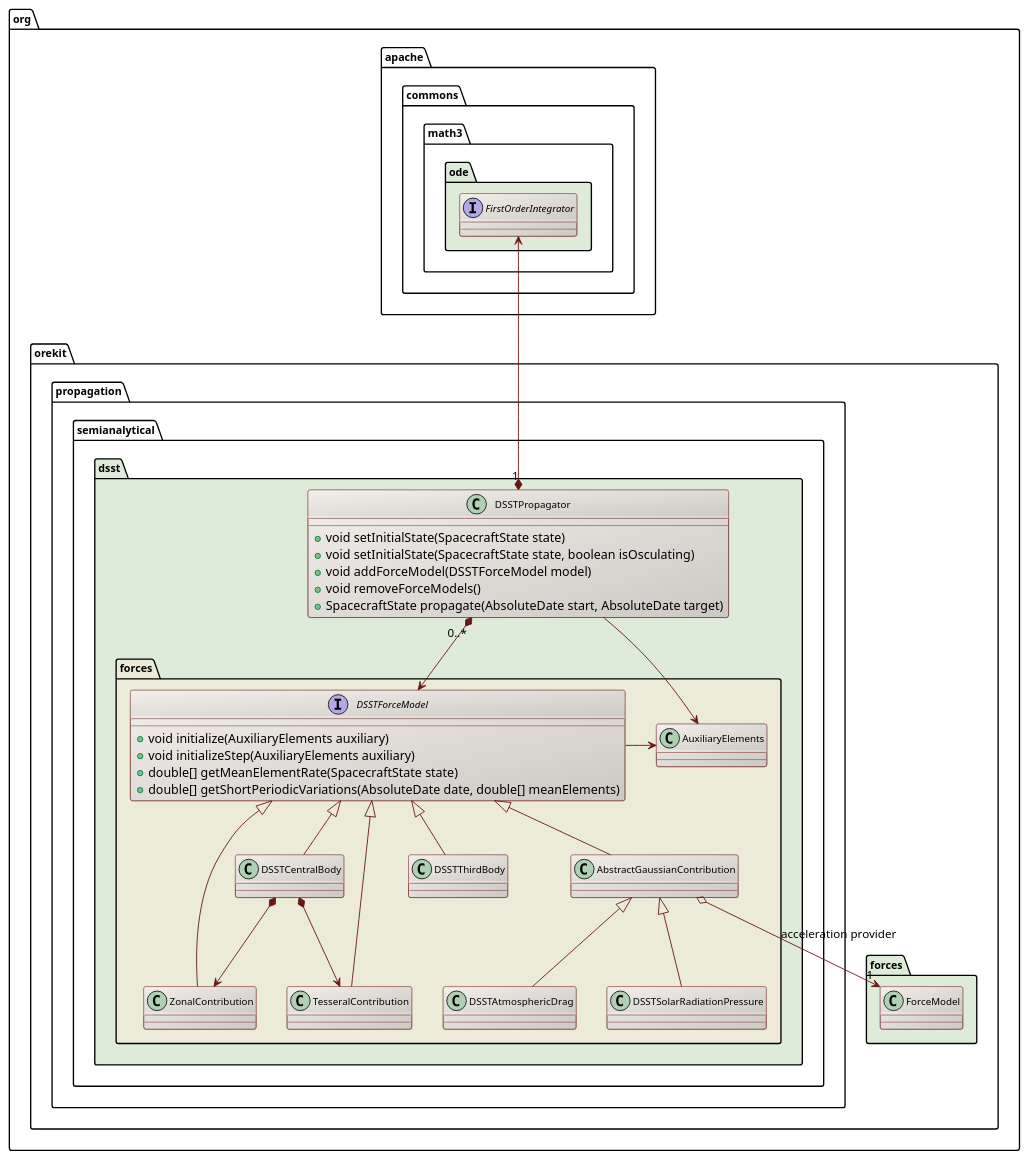
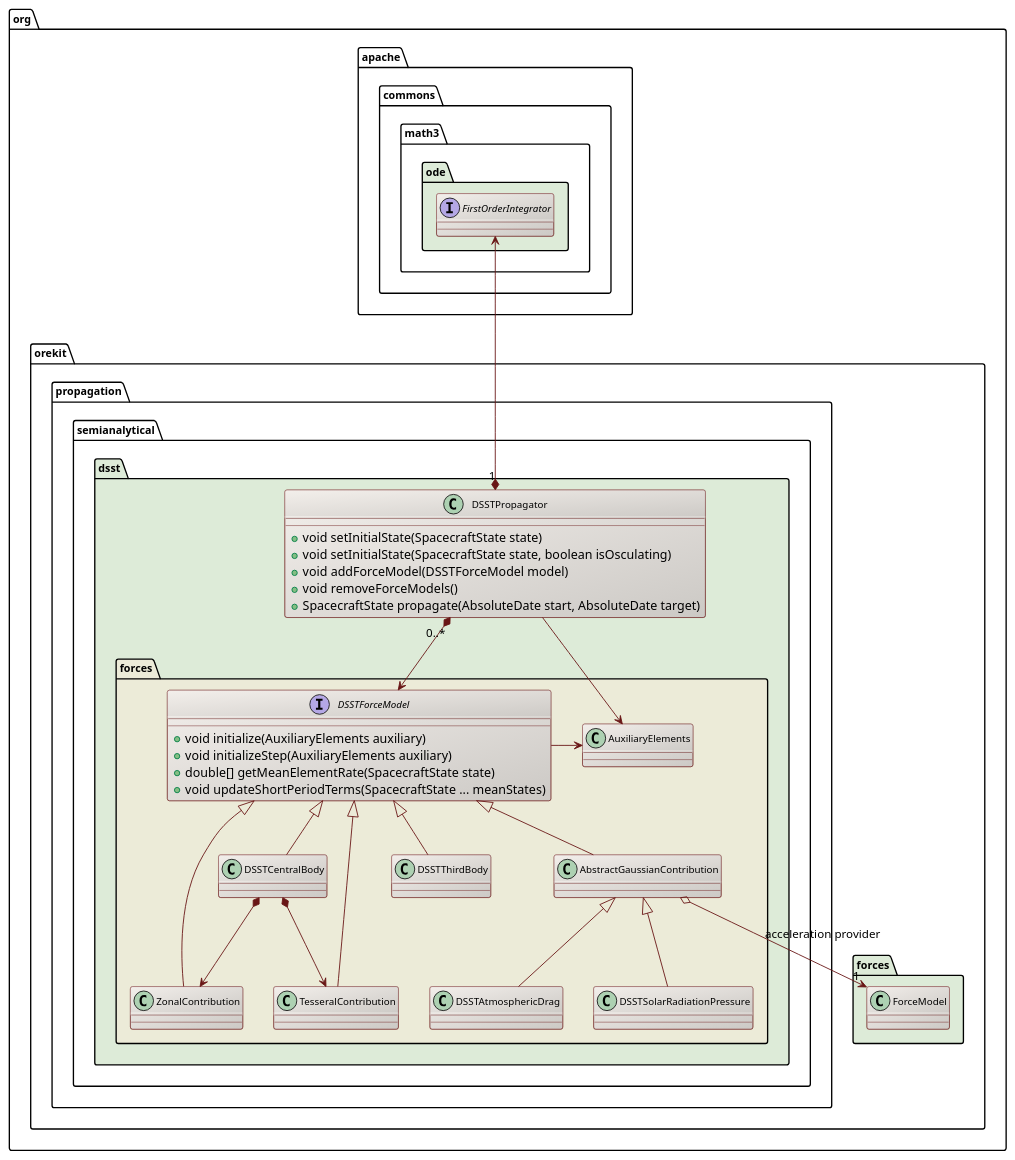
One commit to CS-SI/Orekit changed the diagram in src/design/dsst-propagator-class-diagram.puml. Above: the diagram before and after it, drawn with PlantUML. The commit also changed 6 other files, not shown here.

Commit message:
Fixed wrong design diagram.

```diff
--- a/src/design/dsst-propagator-class-diagram.puml
+++ b/src/design/dsst-propagator-class-diagram.puml
@@ -17,68 +17,68 @@
 @startuml
 
   skinparam svek                  true
   skinparam ClassBackgroundColor  #F3EFEB/CCC9C5
   skinparam ClassArrowColor       #691616
   skinparam ClassBorderColor      #691616
   skinparam NoteBackgroundColor   #F3EFEB
   skinparam NoteBorderColor       #691616
   skinparam NoteFontColor         #691616
   skinparam ClassFontSize         11
   skinparam PackageFontSize       12
 
   package org.apache.commons.math3.ode #DDEBD8 {
 
     interface FirstOrderIntegrator
 
   }
 
   package org.orekit.forces #DDEBD8 {
     class ForceModel
   }
 
   package org.orekit.propagation.semianalytical.dsst #DDEBD8 {
 
     class DSSTPropagator {
       +void setInitialState(SpacecraftState state)
       +void setInitialState(SpacecraftState state, boolean isOsculating)
       +void addForceModel(DSSTForceModel model)
       +void removeForceModels()
       +SpacecraftState propagate(AbsoluteDate start, AbsoluteDate target)
     }
 
     FirstOrderIntegrator <--* "1" DSSTPropagator
 
     package forces #ECEBD8 {
 
       class AuxiliaryElements
 
       interface DSSTForceModel {
         +void initialize(AuxiliaryElements auxiliary)
         +void initializeStep(AuxiliaryElements auxiliary)
         +double[] getMeanElementRate(SpacecraftState state)
-        +double[] getShortPeriodicVariations(AbsoluteDate date, double[] meanElements)
+        +void updateShortPeriodTerms(SpacecraftState ... meanStates)
       }
 
       DSSTForceModel -right->  AuxiliaryElements
       DSSTForceModel <|-- DSSTCentralBody
       DSSTForceModel <|-- ZonalContribution
       DSSTForceModel <|-- TesseralContribution
       DSSTForceModel <|-- DSSTThirdBody
       DSSTForceModel <|-- AbstractGaussianContribution
 
       AbstractGaussianContribution <|-- DSSTAtmosphericDrag
       AbstractGaussianContribution <|-- DSSTSolarRadiationPressure
       AbstractGaussianContribution o--> "1" ForceModel : acceleration provider
 
       DSSTCentralBody *--> ZonalContribution
       DSSTCentralBody *--> TesseralContribution
 
     }
 
     DSSTPropagator "0..*" *--> DSSTForceModel
     DSSTPropagator --> AuxiliaryElements
 
   }
 
 
 @enduml
```
